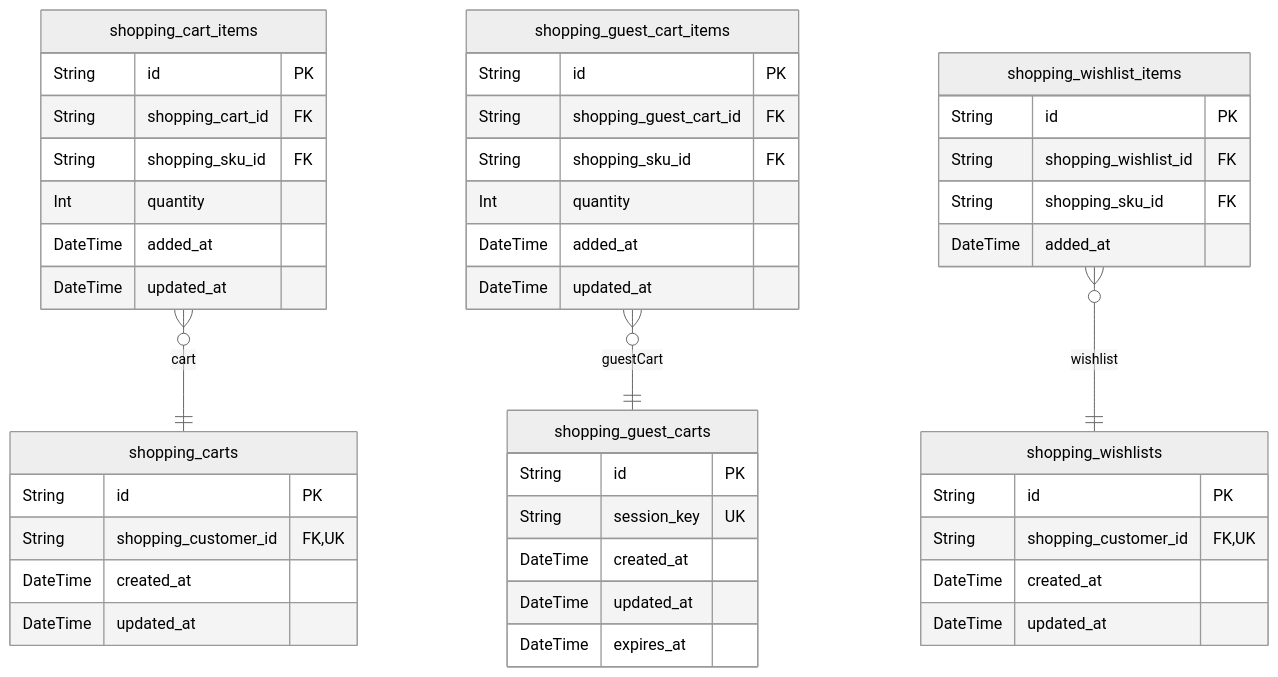
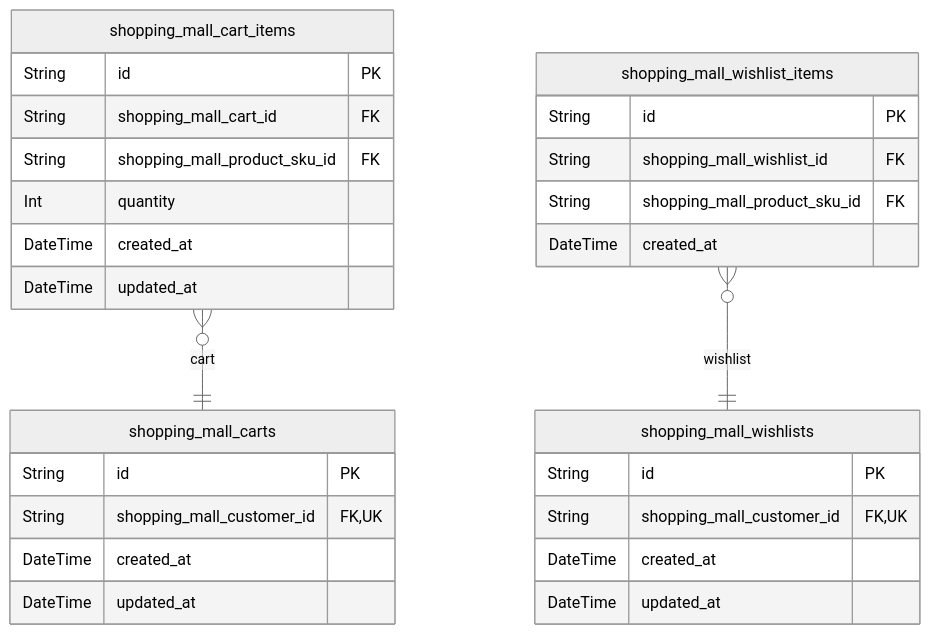
Before and after one commit to wrtnlabs/autobe-examples: the fourth of 10 diagrams in openai/gpt-4.1/shopping/docs/ERD.md, drawn with Mermaid (neutral theme). The commit also changed other lines of this file and 22498 other files, not shown here.

````diff
--- a/openai/gpt-4.1/shopping/docs/ERD.md
+++ b/openai/gpt-4.1/shopping/docs/ERD.md
@@ -1031,47 +755,31 @@
 ```mermaid
 erDiagram
-"shopping_carts" {
+"shopping_mall_carts" {
   String id PK
-  String shopping_customer_id FK,UK
+  String shopping_mall_customer_id FK,UK
   DateTime created_at
   DateTime updated_at
 }
-"shopping_cart_items" {
+"shopping_mall_cart_items" {
   String id PK
-  String shopping_cart_id FK
-  String shopping_sku_id FK
+  String shopping_mall_cart_id FK
+  String shopping_mall_product_sku_id FK
   Int quantity
-  DateTime added_at
-  DateTime updated_at
-}
-"shopping_guest_carts" {
-  String id PK
-  String session_key UK
-  DateTime created_at
-  DateTime updated_at
-  DateTime expires_at
-}
-"shopping_guest_cart_items" {
-  String id PK
-  String shopping_guest_cart_id FK
-  String shopping_sku_id FK
-  Int quantity
-  DateTime added_at
-  DateTime updated_at
-}
-"shopping_wishlists" {
-  String id PK
-  String shopping_customer_id FK,UK
   DateTime created_at
   DateTime updated_at
 }
-"shopping_wishlist_items" {
+"shopping_mall_wishlists" {
   String id PK
-  String shopping_wishlist_id FK
-  String shopping_sku_id FK
-  DateTime added_at
+  String shopping_mall_customer_id FK,UK
+  DateTime created_at
+  DateTime updated_at
 }
-"shopping_cart_items" }o--|| "shopping_carts" : cart
-"shopping_guest_cart_items" }o--|| "shopping_guest_carts" : guestCart
-"shopping_wishlist_items" }o--|| "shopping_wishlists" : wishlist
+"shopping_mall_wishlist_items" {
+  String id PK
+  String shopping_mall_wishlist_id FK
+  String shopping_mall_product_sku_id FK
+  DateTime created_at
+}
+"shopping_mall_cart_items" }o--|| "shopping_mall_carts" : cart
+"shopping_mall_wishlist_items" }o--|| "shopping_mall_wishlists" : wishlist
 ```
````
